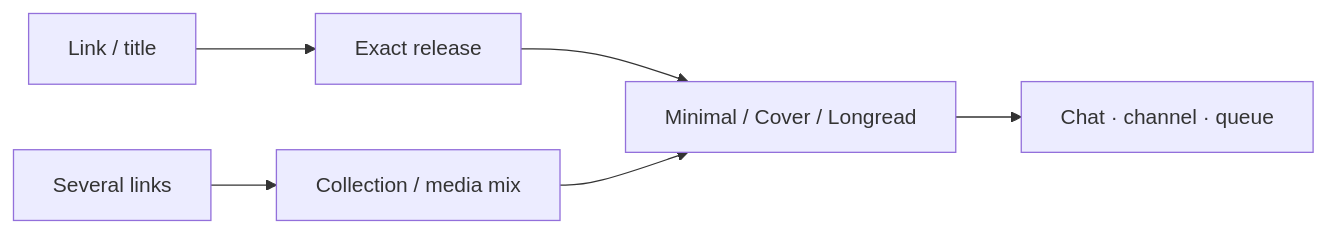
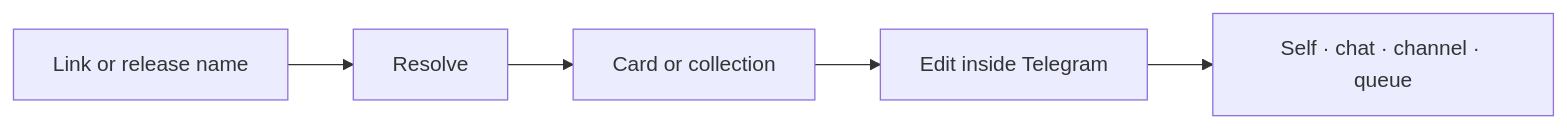
One commit to StonerHand/stonerhand-soundlinks-bot changed the diagram in README.md. Above: the diagram before and after it, drawn with Mermaid. The commit also changed other lines of this file and 54 other files, not shown here.

````diff
--- a/README.md
+++ b/README.md
@@ -55,8 +34,7 @@
 ```mermaid
 flowchart LR
-    A["Link / title"] --> B["Exact release"]
-    A2["Several links"] --> C["Collection / media mix"]
-    B --> D["Minimal / Cover / Longread"]
-    C --> D
-    D --> E["Chat · channel · queue"]
+    A["Link or release name"] --> B["Resolve"]
+    B --> C["Card or collection"]
+    C --> D["Edit inside Telegram"]
+    D --> E["Self · chat · channel · queue"]
 ```
````
